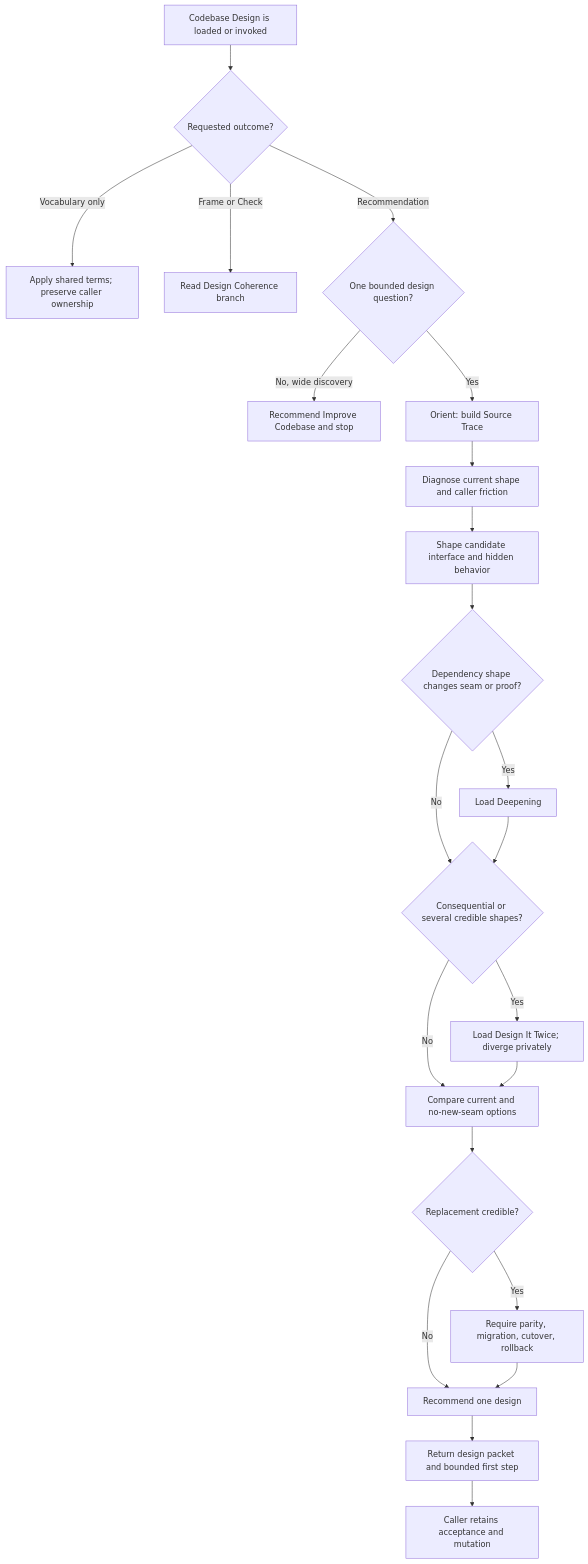
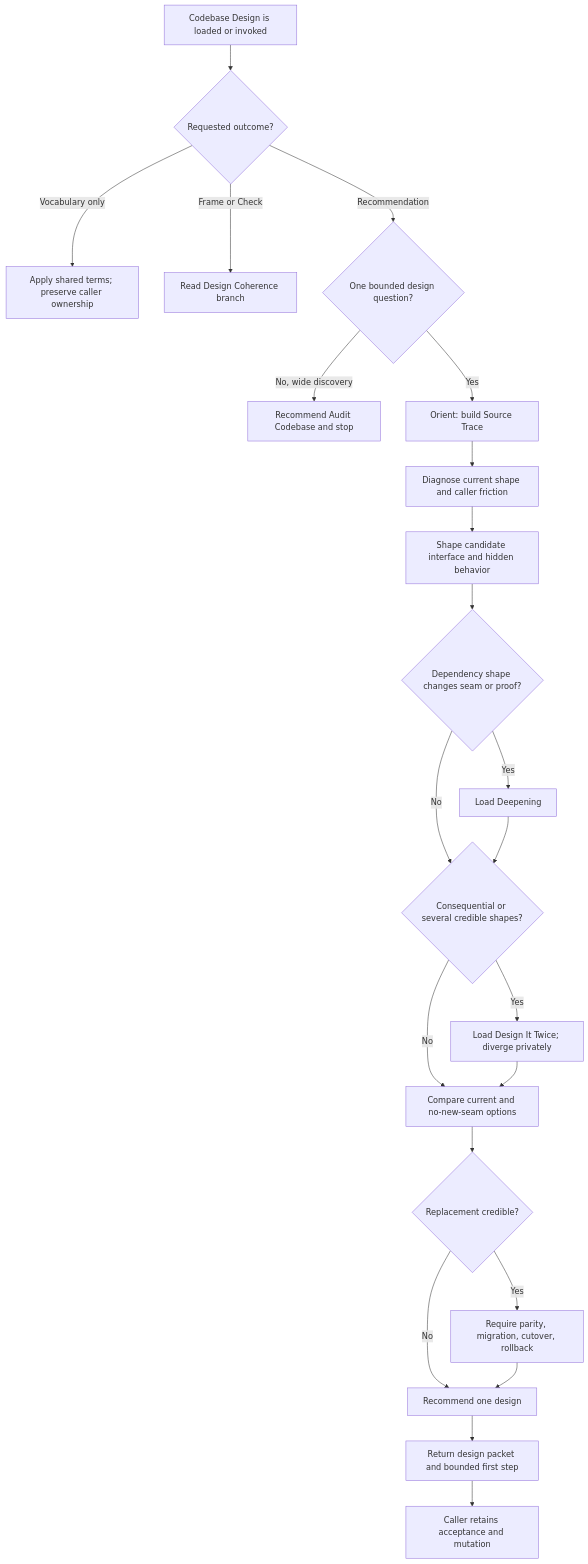
One commit to stevennitesh/programming-agent-skills changed the diagram in docs/synthesis/skills/codebase-design.md. Above: the diagram before and after it, drawn with Mermaid. The commit also changed other lines of this file and 47 other files, not shown here.

````diff
--- a/docs/synthesis/skills/codebase-design.md
+++ b/docs/synthesis/skills/codebase-design.md
@@ -95,24 +106,24 @@
 ```mermaid
 flowchart TB
     START["Codebase Design is loaded or invoked"] --> MODE{"Requested outcome?"}
     MODE -->|Vocabulary only| VOCAB["Apply shared terms; preserve caller ownership"]
     MODE -->|Frame or Check| COHERENCE["Read Design Coherence branch"]
     MODE -->|Recommendation| BOUND{"One bounded design question?"}
-    BOUND -->|No, wide discovery| IMPROVE["Recommend Improve Codebase and stop"]
+    BOUND -->|No, wide discovery| AUDIT["Recommend Audit Codebase and stop"]
     BOUND -->|Yes| ORIENT["Orient: build Source Trace"]
     ORIENT --> DIAGNOSE["Diagnose current shape and caller friction"]
     DIAGNOSE --> SHAPE["Shape candidate interface and hidden behavior"]
     SHAPE --> DEP{"Dependency shape changes seam or proof?"}
     DEP -->|Yes| DEEPEN["Load Deepening"]
     DEP -->|No| CONSEQ{"Consequential or several credible shapes?"}
     DEEPEN --> CONSEQ
     CONSEQ -->|Yes| TWICE["Load Design It Twice; diverge privately"]
     CONSEQ -->|No| COMPARE["Compare current and no-new-seam options"]
     TWICE --> COMPARE
     COMPARE --> REPLACE{"Replacement credible?"}
     REPLACE -->|Yes| GATE["Require parity, migration, cutover, rollback"]
     REPLACE -->|No| RECOMMEND["Recommend one design"]
     GATE --> RECOMMEND
     RECOMMEND --> PACKET["Return design packet and bounded first step"]
     PACKET --> STOP["Caller retains acceptance and mutation"]
 ```
````
